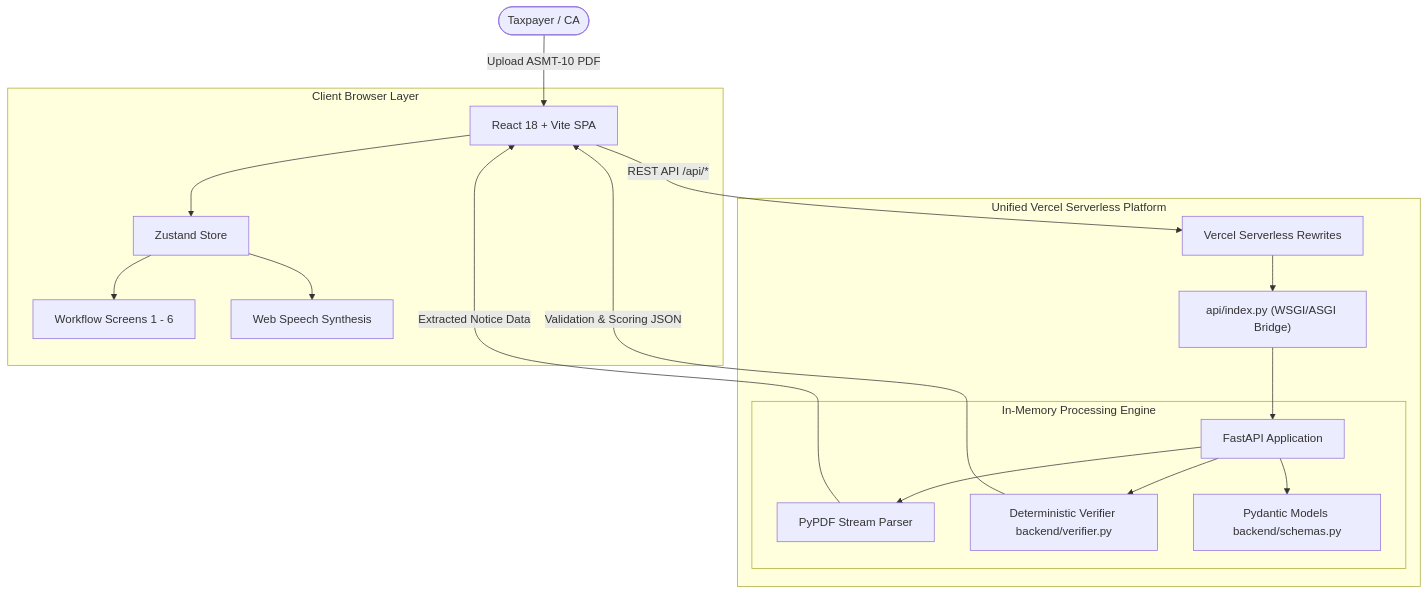
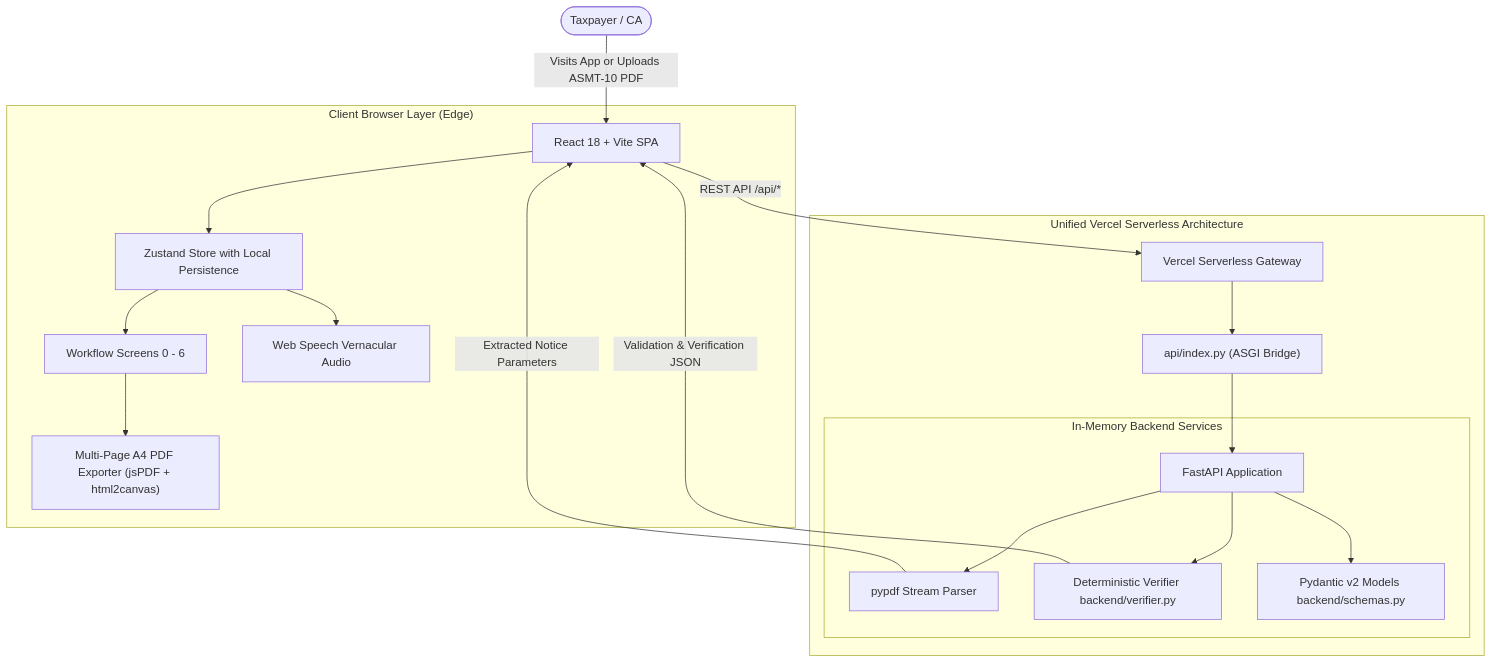
One commit to nikhilkunte645-maker/DHAAL-GST-SHEILD changed the diagram in README.md. Above: the diagram before and after it, drawn with Mermaid. The commit also changed other lines of this file and 54 other files, not shown here.

Commit message:
feat(release): DHAAL 2.0 - GST reconciliation engine, Evidence Graph, Section 170 precision, and hackathon demo readiness

````diff
--- a/README.md
+++ b/README.md
@@ -63,25 +95,26 @@
 ```mermaid
 flowchart TD
-    User([Taxpayer / CA]) -->|Upload ASMT-10 PDF| Frontend[React 18 + Vite SPA]
+    User([Taxpayer / CA]) -->|Visits App or Uploads ASMT-10 PDF| Frontend[React 18 + Vite SPA]
     
-    subgraph Client ["Client Browser Layer"]
-        Frontend --> Store[Zustand Store]
-        Store --> UI[Workflow Screens 1 - 6]
-        Store --> Audio[Web Speech Synthesis]
+    subgraph Client ["Client Browser Layer (Edge)"]
+        Frontend --> Store[Zustand Store with Local Persistence]
+        Store --> Screens["Workflow Screens 0 - 6"]
+        Store --> AudioEngine[Web Speech Vernacular Audio]
+        Screens --> PDFEngine["Multi-Page A4 PDF Exporter (jsPDF + html2canvas)"]
     end
     
-    subgraph Vercel ["Unified Vercel Serverless Platform"]
-        Frontend -->|REST API /api/*| VercelRoute[Vercel Serverless Rewrites]
-        VercelRoute --> ApiBridge["api/index.py (WSGI/ASGI Bridge)"]
-        ApiBridge --> Backend[FastAPI Application]
+    subgraph Vercel ["Unified Vercel Serverless Architecture"]
+        Frontend -->|REST API /api/*| VercelRewrites[Vercel Serverless Gateway]
+        VercelRewrites --> ServerlessBridge["api/index.py (ASGI Bridge)"]
+        ServerlessBridge --> BackendApp[FastAPI Application]
         
-        subgraph ProcessingEngine ["In-Memory Processing Engine"]
-            Backend --> PDFEngine[PyPDF Stream Parser]
-            Backend --> Verifier[Deterministic Verifier backend/verifier.py]
-            Backend --> Schemas[Pydantic Models backend/schemas.py]
+        subgraph BackendProcessing ["In-Memory Backend Services"]
+            BackendApp --> PDFParser[pypdf Stream Parser]
+            BackendApp --> Verifier[Deterministic Verifier backend/verifier.py]
+            BackendApp --> Schemas[Pydantic v2 Models backend/schemas.py]
         end
     end
 
-    Verifier -->|Validation & Scoring JSON| Frontend
-    PDFEngine -->|Extracted Notice Data| Frontend
+    Verifier -->|Validation & Verification JSON| Frontend
+    PDFParser -->|Extracted Notice Parameters| Frontend
 ```
````
